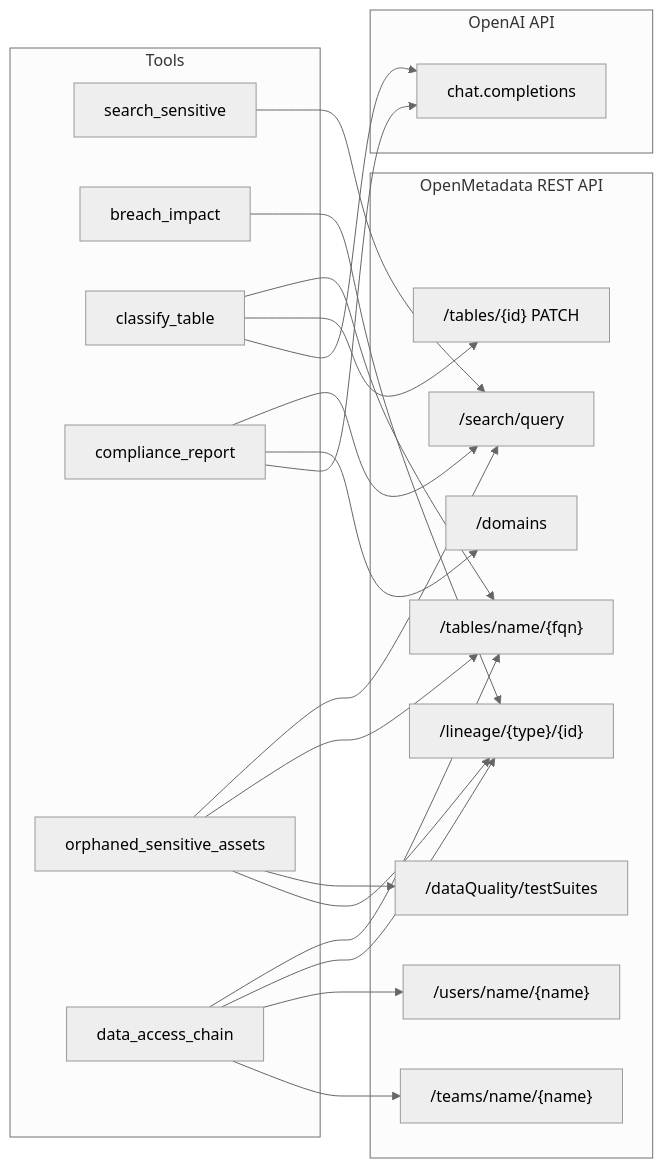
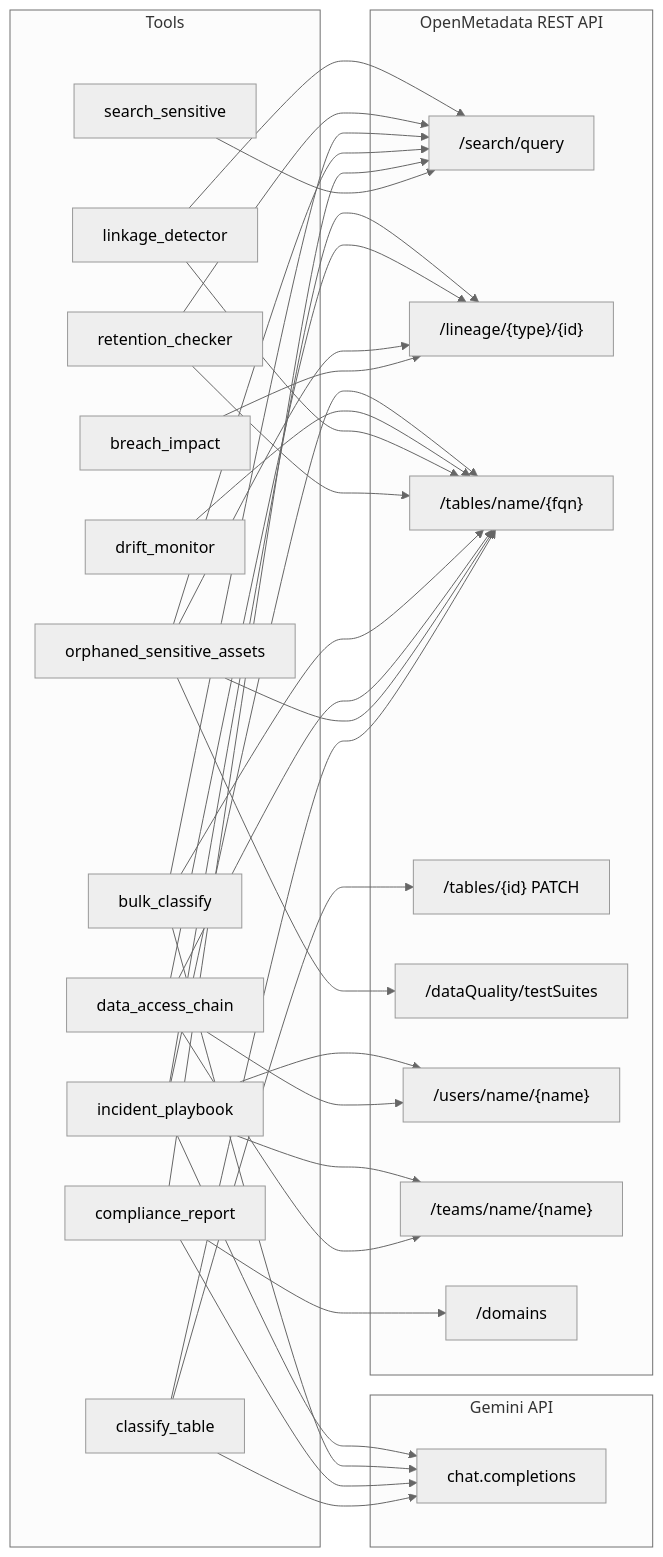
One commit to rohanjain1648/METADATA_HACKATHON changed the eighth of 8 diagrams in dataguardian/README.md. Above: the diagram before and after it, drawn with Mermaid (neutral theme). The commit also changed other lines of this file and 1 other file, not shown here.

````diff
--- a/dataguardian/README.md
+++ b/dataguardian/README.md
@@ -478,43 +549,61 @@
 ```mermaid
 graph LR
     subgraph Tools
         SS["search_sensitive"]
         BI["breach_impact"]
         CT["classify_table"]
         CR["compliance_report"]
         OS["orphaned_sensitive_assets"]
         AC["data_access_chain"]
+        BC["bulk_classify"]
+        RC["retention_checker"]
+        LD["linkage_detector"]
+        DM["drift_monitor"]
+        IP["incident_playbook"]
     end
 
     subgraph OM_APIs["OpenMetadata REST API"]
         SEARCH["/search/query"]
         LINEAGE["/lineage/{type}/{id}"]
         TABLES_GET["/tables/name/{fqn}"]
         TABLES_PATCH["/tables/{id} PATCH"]
         QUALITY["/dataQuality/testSuites"]
         USERS["/users/name/{name}"]
         TEAMS["/teams/name/{name}"]
         DOMAINS["/domains"]
     end
 
-    subgraph LLM_API["OpenAI API"]
+    subgraph LLM_API["Gemini API"]
         CHAT["chat.completions"]
     end
 
     SS --> SEARCH
     BI --> LINEAGE
     CT --> TABLES_GET
     CT --> TABLES_PATCH
     CT --> CHAT
     CR --> SEARCH
     CR --> DOMAINS
     CR --> CHAT
     OS --> SEARCH
     OS --> TABLES_GET
     OS --> QUALITY
     OS --> LINEAGE
     AC --> TABLES_GET
     AC --> LINEAGE
     AC --> USERS
     AC --> TEAMS
+    BC --> SEARCH
+    BC --> TABLES_GET
+    BC --> CHAT
+    RC --> SEARCH
+    RC --> TABLES_GET
+    LD --> SEARCH
+    LD --> TABLES_GET
+    DM --> TABLES_GET
+    IP --> LINEAGE
+    IP --> TABLES_GET
+    IP --> USERS
+    IP --> TEAMS
+    IP --> CHAT
 ```
````
